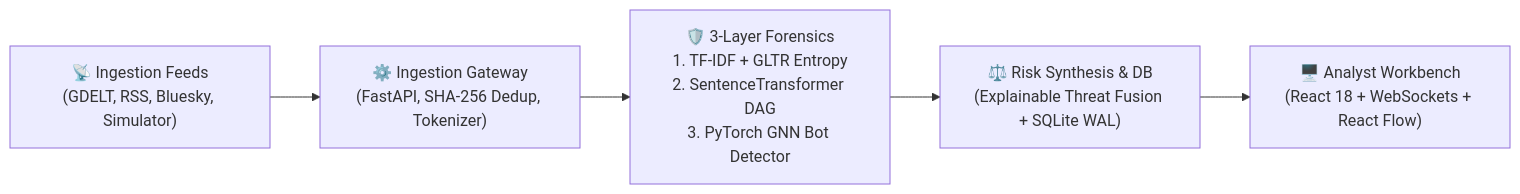
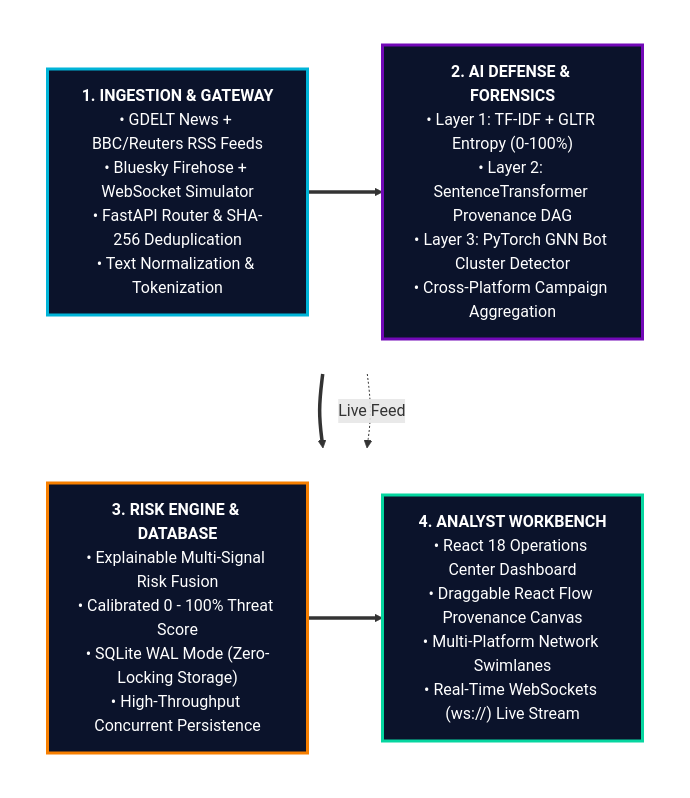
Before and after one commit to akashhhhh246/capstone: the second of 3 diagrams in review tactics/05_WORKFLOW_DIAGRAMS.md, drawn with Mermaid. The commit also changed other lines of this file and 1 other file, not shown here.

Commit message:
Add square 1:1 workflow diagram image and slide presentation prompt

````diff
--- a/review tactics/05_WORKFLOW_DIAGRAMS.md
+++ b/review tactics/05_WORKFLOW_DIAGRAMS.md
@@ -94,7 +49,27 @@
 ```mermaid
-flowchart LR
-    A["📡 Ingestion Feeds<br/>(GDELT, RSS, Bluesky, Simulator)"] --> B["⚙️ Ingestion Gateway<br/>(FastAPI, SHA-256 Dedup, Tokenizer)"]
-    B --> C["🛡️ 3-Layer Forensics<br/>1. TF-IDF + GLTR Entropy<br/>2. SentenceTransformer DAG<br/>3. PyTorch GNN Bot Detector"]
-    C --> D["⚖️ Risk Synthesis & DB<br/>(Explainable Threat Fusion + SQLite WAL)"]
-    D --> E["🖥️ Analyst Workbench<br/>(React 18 + WebSockets + React Flow)"]
+flowchart TD
+    subgraph TOP_ROW[" "]
+        direction LR
+        Q1["<b>1. INGESTION & GATEWAY</b><br/>• GDELT News + BBC/Reuters RSS Feeds<br/>• Bluesky Firehose + WebSocket Simulator<br/>• FastAPI Router & SHA-256 Deduplication<br/>• Text Normalization & Tokenization"]
+        Q2["<b>2. AI DEFENSE & FORENSICS</b><br/>• Layer 1: TF-IDF + GLTR Entropy (0-100%)<br/>• Layer 2: SentenceTransformer Provenance DAG<br/>• Layer 3: PyTorch GNN Bot Cluster Detector<br/>• Cross-Platform Campaign Aggregation"]
+        Q1 ==> Q2
+    end
+
+    subgraph BTM_ROW[" "]
+        direction LR
+        Q3["<b>3. RISK ENGINE & DATABASE</b><br/>• Explainable Multi-Signal Risk Fusion<br/>• Calibrated 0 - 100% Threat Score<br/>• SQLite WAL Mode (Zero-Locking Storage)<br/>• High-Throughput Concurrent Persistence"]
+        Q4["<b>4. ANALYST WORKBENCH</b><br/>• React 18 Operations Center Dashboard<br/>• Draggable React Flow Provenance Canvas<br/>• Multi-Platform Network Swimlanes<br/>• Real-Time WebSockets (ws://) Live Stream"]
+        Q3 ==> Q4
+    end
+
+    Q2 ==> Q3
+    Q1 -.->|Live Feed| Q4
+
+    style TOP_ROW fill:none,stroke:none
+    style BTM_ROW fill:none,stroke:none
+
+    style Q1 fill:#0B132B,stroke:#00B4D8,stroke-width:3px,color:#FFFFFF
+    style Q2 fill:#0B132B,stroke:#7209B7,stroke-width:3px,color:#FFFFFF
+    style Q3 fill:#0B132B,stroke:#F77F00,stroke-width:3px,color:#FFFFFF
+    style Q4 fill:#0B132B,stroke:#06D6A0,stroke-width:3px,color:#FFFFFF
 ```
````
